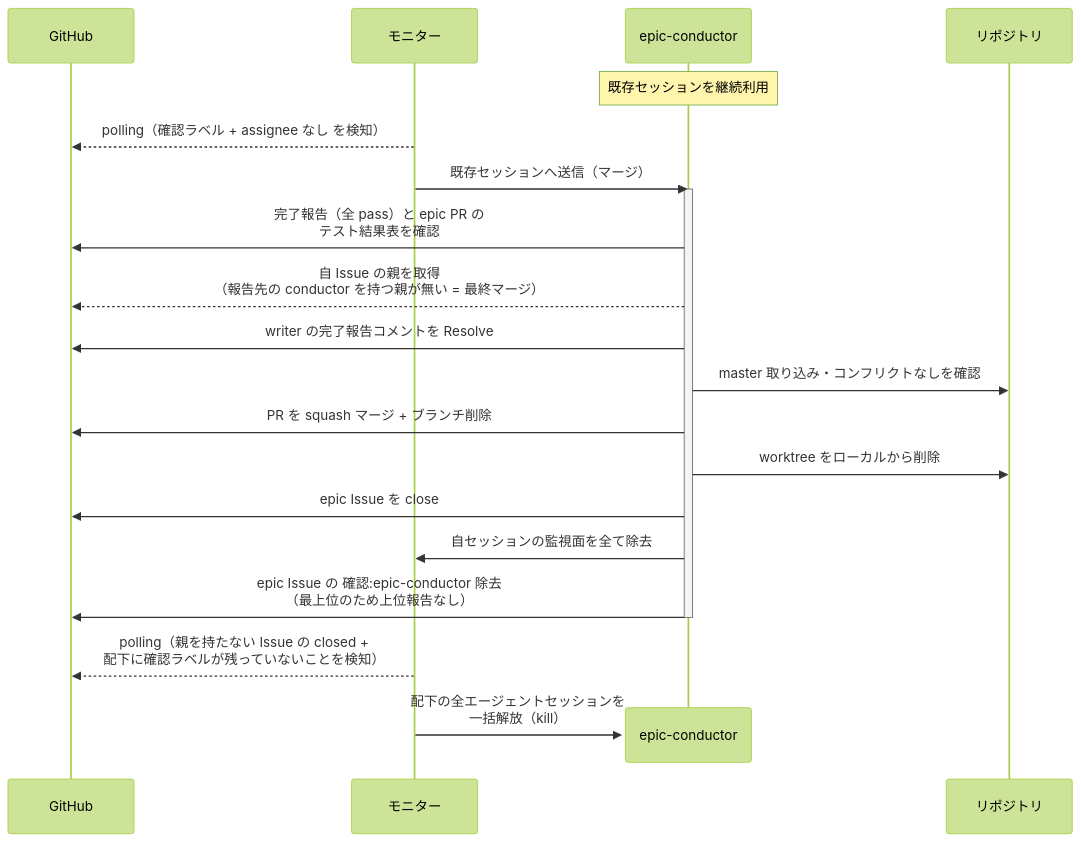
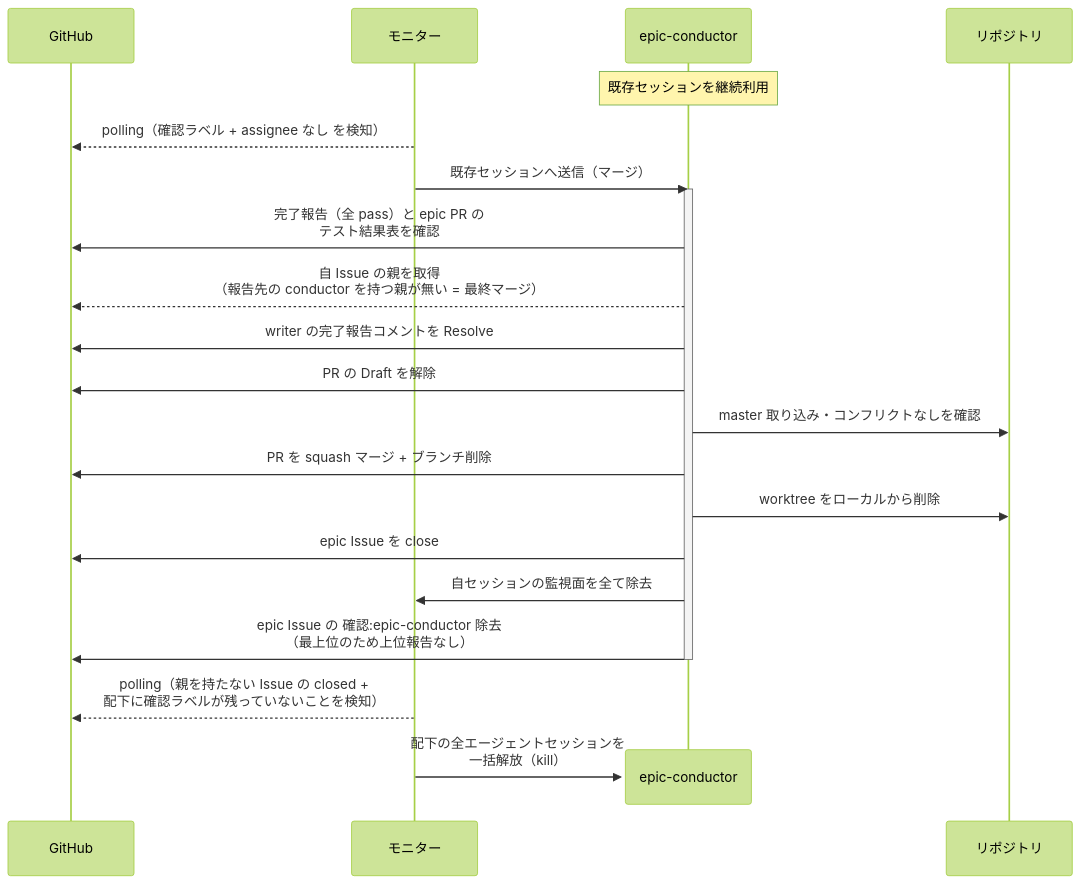
One commit to shuhei1101/ai-monitor changed the third of 6 diagrams in docs/wiki/設計図/シナリオ/単一ユースケース/マージ.md. Above: the diagram before and after it, drawn with Mermaid (forest theme). The commit also changed other lines of this file and 75 other files, not shown here.

````diff
--- a/docs/wiki/設計図/シナリオ/単一ユースケース/マージ.md
+++ b/docs/wiki/設計図/シナリオ/単一ユースケース/マージ.md
@@ -120,25 +122,26 @@
 ```mermaid
 sequenceDiagram
   participant GH as GitHub
   participant ORC as モニター
   participant MON as epic-conductor
   participant REPO as リポジトリ
 
   Note over MON: 既存セッションを継続利用
   ORC-->>GH: polling（確認ラベル + assignee なし を検知）
   ORC->>MON: 既存セッションへ送信（マージ）
   activate MON
   MON->>GH: 完了報告（全 pass）と epic PR の<br>テスト結果表を確認
   MON-->>GH: 自 Issue の親を取得<br>（報告先の conductor を持つ親が無い = 最終マージ）
   MON->>GH: writer の完了報告コメントを Resolve
+  MON->>GH: PR の Draft を解除
   MON->>REPO: master 取り込み・コンフリクトなしを確認
   MON->>GH: PR を squash マージ + ブランチ削除
   MON->>REPO: worktree をローカルから削除
   MON->>GH: epic Issue を close
   MON->>ORC: 自セッションの監視面を全て除去
   MON->>GH: epic Issue の 確認:epic-conductor 除去<br>（最上位のため上位報告なし）
   deactivate MON
   ORC-->>GH: polling（親を持たない Issue の closed +<br>配下に確認ラベルが残っていないことを検知）
   destroy MON
   ORC->>MON: 配下の全エージェントセッションを<br>一括解放（kill）
 ```
````
